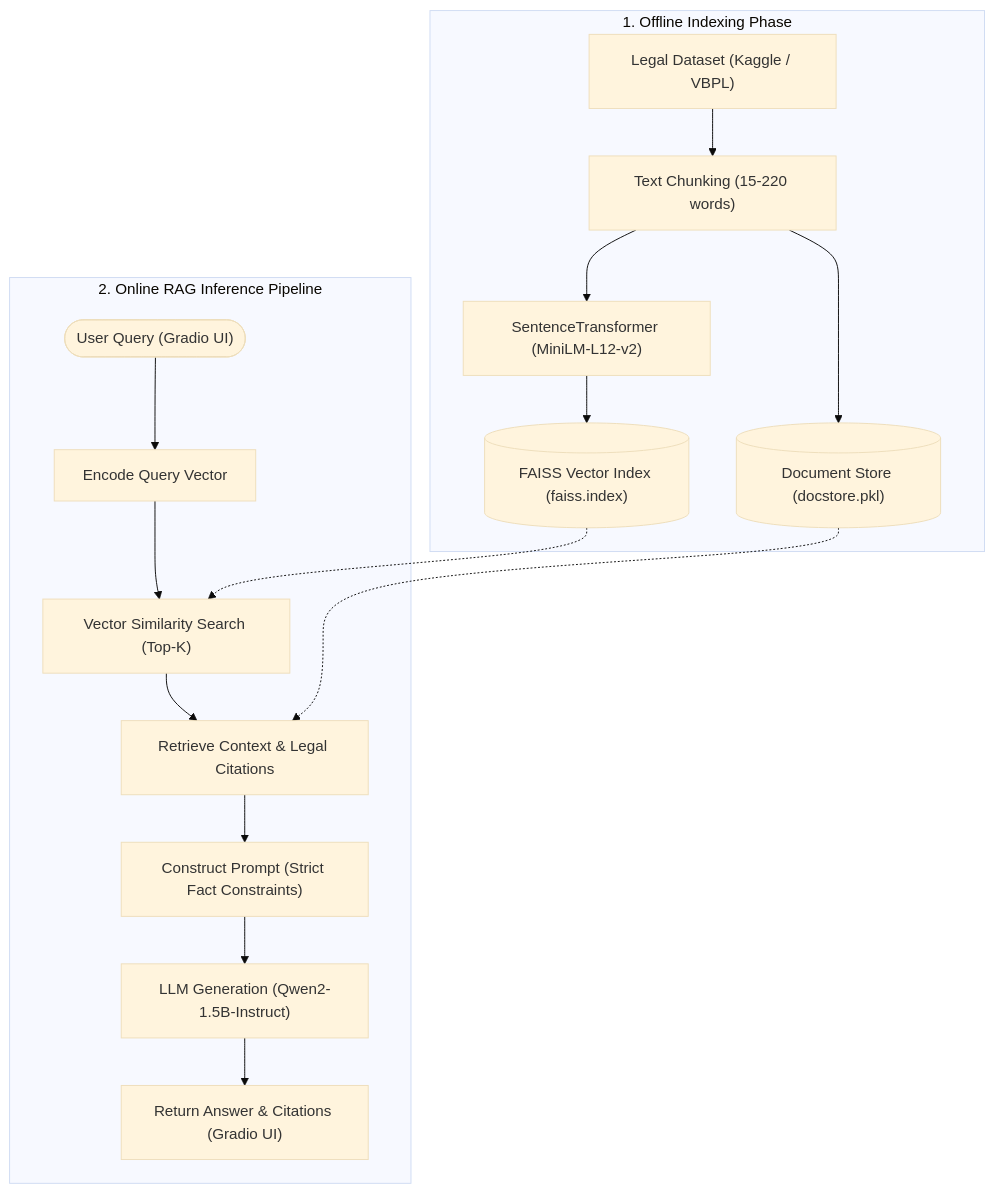
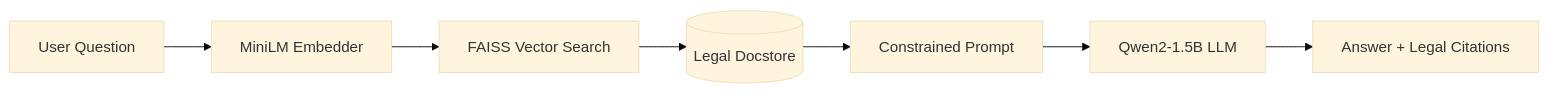
The diagram in README.md (Ein05/vietnam_law_chatbot), drawn with Mermaid (base theme) before and after one commit. The commit also changed other lines of this file, not shown here.

Commit message:
docs: optimize architecture diagram and README structure

````diff
--- a/README.md
+++ b/README.md
@@ -19,20 +7,9 @@
 ```mermaid
-flowchart TD
-    subgraph Offline ["1. Offline Indexing Phase"]
-        A["Legal Dataset (Kaggle / VBPL)"] --> B["Text Chunking (15-220 words)"]
-        B --> C["SentenceTransformer (MiniLM-L12-v2)"]
-        C --> D[("FAISS Vector Index (faiss.index)")]
-        B --> E[("Document Store (docstore.pkl)")]
-    end
-
-    subgraph Online ["2. Online RAG Inference Pipeline"]
-        U(["User Query (Gradio UI)"]) --> F["Encode Query Vector"]
-        F --> G["Vector Similarity Search (Top-K)"]
-        D -.-> G
-        G --> H["Retrieve Context & Legal Citations"]
-        E -.-> H
-        H --> I["Construct Prompt (Strict Fact Constraints)"]
-        I --> J["LLM Generation (Qwen2-1.5B-Instruct)"]
-        J --> K["Return Answer & Citations (Gradio UI)"]
-    end
+flowchart LR
+    Query[User Question] --> Embed["MiniLM Embedder"]
+    Embed --> Search["FAISS Vector Search"]
+    Search --> DocStore[("Legal Docstore")]
+    DocStore --> Prompt["Constrained Prompt"]
+    Prompt --> LLM["Qwen2-1.5B LLM"]
+    LLM --> Response["Answer + Legal Citations"]
 ```
````
